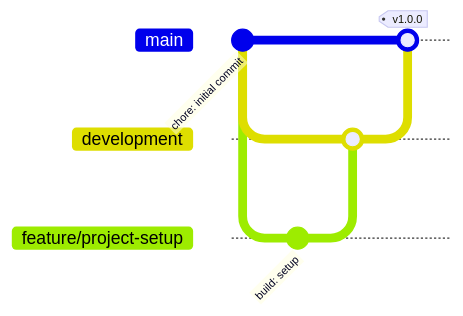
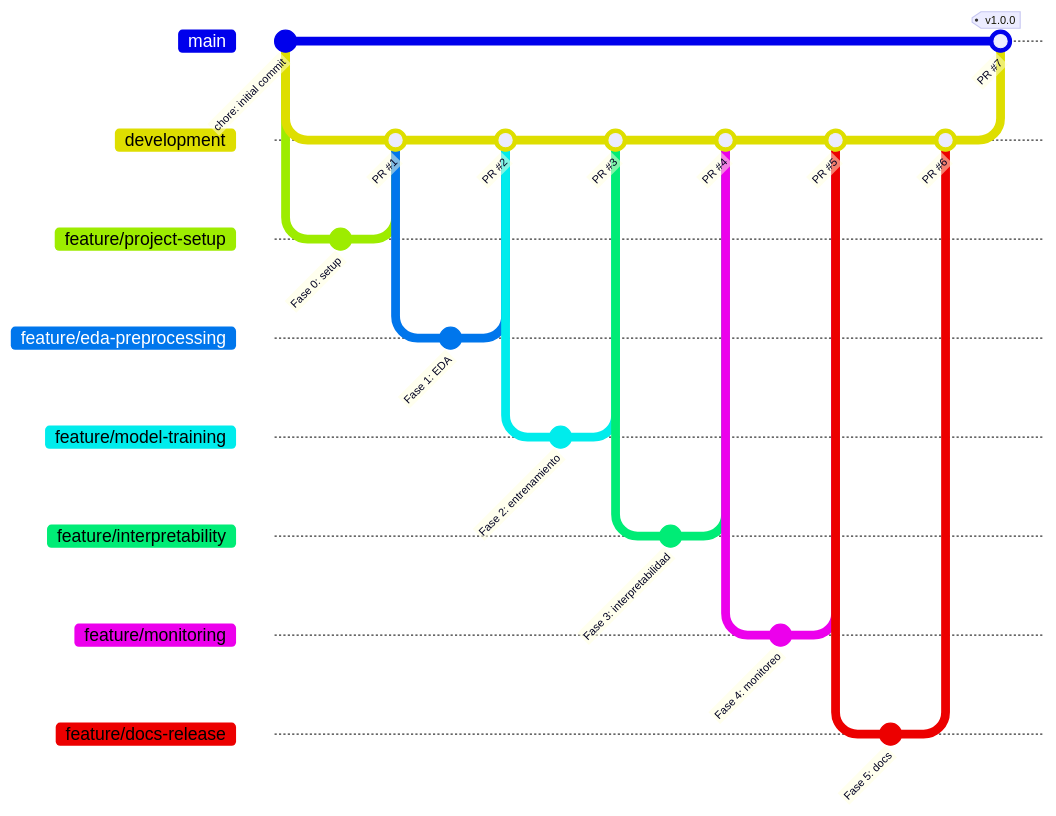
One commit to richardmk/Project-MLEngineer3 changed the diagram in GIT_STRATEGY.md. Above: the diagram before and after it, drawn with Mermaid. The commit also changed other lines of this file, not shown here.

Commit message:
docs: document the git flow and pull requests used

````diff
--- a/GIT_STRATEGY.md
+++ b/GIT_STRATEGY.md
@@ -15,13 +15,38 @@
 ```mermaid
 gitGraph
     commit id: "chore: initial commit"
     branch development
     checkout development
     branch feature/project-setup
     checkout feature/project-setup
-    commit id: "build: setup"
+    commit id: "Fase 0: setup"
     checkout development
-    merge feature/project-setup
+    merge feature/project-setup id: "PR #1"
+    branch feature/eda-preprocessing
+    checkout feature/eda-preprocessing
+    commit id: "Fase 1: EDA"
+    checkout development
+    merge feature/eda-preprocessing id: "PR #2"
+    branch feature/model-training
+    checkout feature/model-training
+    commit id: "Fase 2: entrenamiento"
+    checkout development
+    merge feature/model-training id: "PR #3"
+    branch feature/interpretability
+    checkout feature/interpretability
+    commit id: "Fase 3: interpretabilidad"
+    checkout development
+    merge feature/interpretability id: "PR #4"
+    branch feature/monitoring
+    checkout feature/monitoring
+    commit id: "Fase 4: monitoreo"
+    checkout development
+    merge feature/monitoring id: "PR #5"
+    branch feature/docs-release
+    checkout feature/docs-release
+    commit id: "Fase 5: docs"
+    checkout development
+    merge feature/docs-release id: "PR #6"
     checkout main
-    merge development tag: "v1.0.0"
+    merge development id: "PR #7" tag: "v1.0.0"
 ```
````
